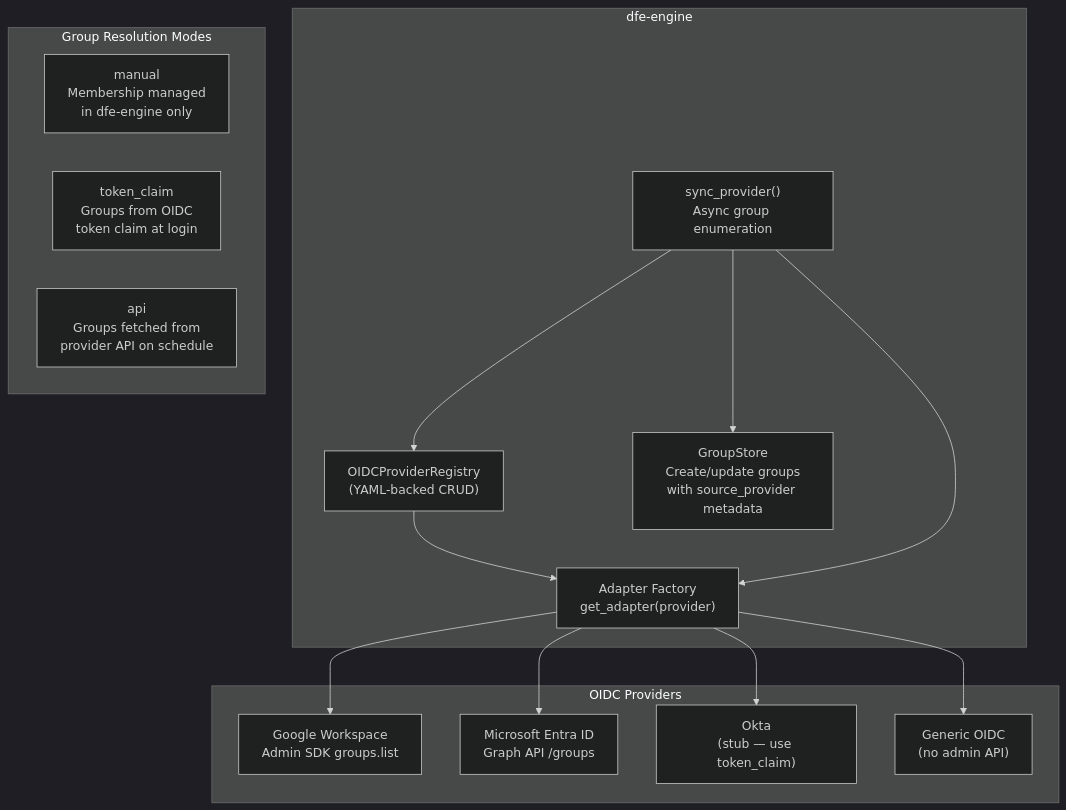
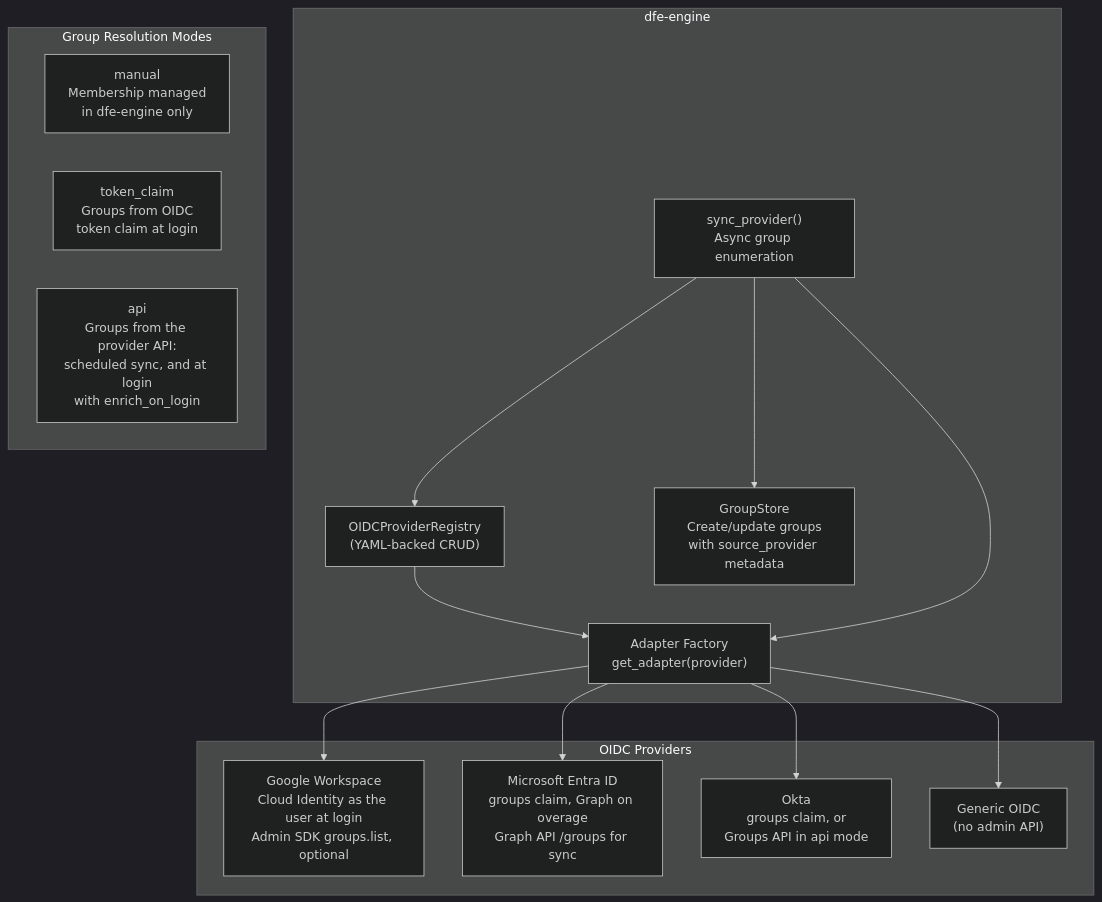
One commit to hyperi-io/dfe-engine changed the sixth of 10 diagrams in docs/control-plane/rbac.md. Above: the diagram before and after it, drawn with Mermaid (dark theme). The commit also changed other lines of this file and 3 other files, not shown here.

````diff
--- a/docs/control-plane/rbac.md
+++ b/docs/control-plane/rbac.md
@@ -511,31 +529,31 @@
 ```mermaid
 flowchart TD
     subgraph "OIDC Providers"
-        GOOGLE["Google Workspace<br/>Admin SDK groups.list"]
-        ENTRA["Microsoft Entra ID<br/>Graph API /groups"]
-        OKTA["Okta<br/>(stub — use token_claim)"]
+        GOOGLE["Google Workspace<br/>Cloud Identity as the user at login<br/>Admin SDK groups.list, optional"]
+        ENTRA["Microsoft Entra ID<br/>groups claim, Graph on overage<br/>Graph API /groups for sync"]
+        OKTA["Okta<br/>groups claim, or<br/>Groups API in api mode"]
         GENERIC["Generic OIDC<br/>(no admin API)"]
     end
 
     subgraph "dfe-engine"
         REG["OIDCProviderRegistry<br/>(YAML-backed CRUD)"]
         SYNC["sync_provider()<br/>Async group enumeration"]
         ADAPT["Adapter Factory<br/>get_adapter(provider)"]
         GS["GroupStore<br/>Create/update groups<br/>with source_provider metadata"]
     end
 
     REG --> ADAPT
     ADAPT --> GOOGLE
     ADAPT --> ENTRA
     ADAPT --> OKTA
     ADAPT --> GENERIC
     SYNC --> ADAPT
     SYNC --> GS
     SYNC --> REG
 
     subgraph "Group Resolution Modes"
         MANUAL["manual<br/>Membership managed<br/>in dfe-engine only"]
         CLAIM["token_claim<br/>Groups from OIDC<br/>token claim at login"]
-        API["api<br/>Groups fetched from<br/>provider API on schedule"]
+        API["api<br/>Groups from the provider API:<br/>scheduled sync, and at login<br/>with enrich_on_login"]
     end
 ```
````
